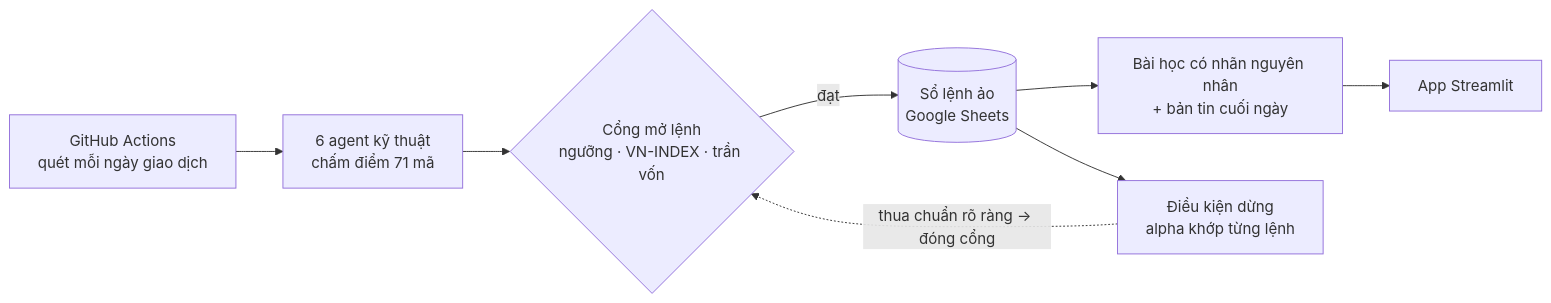
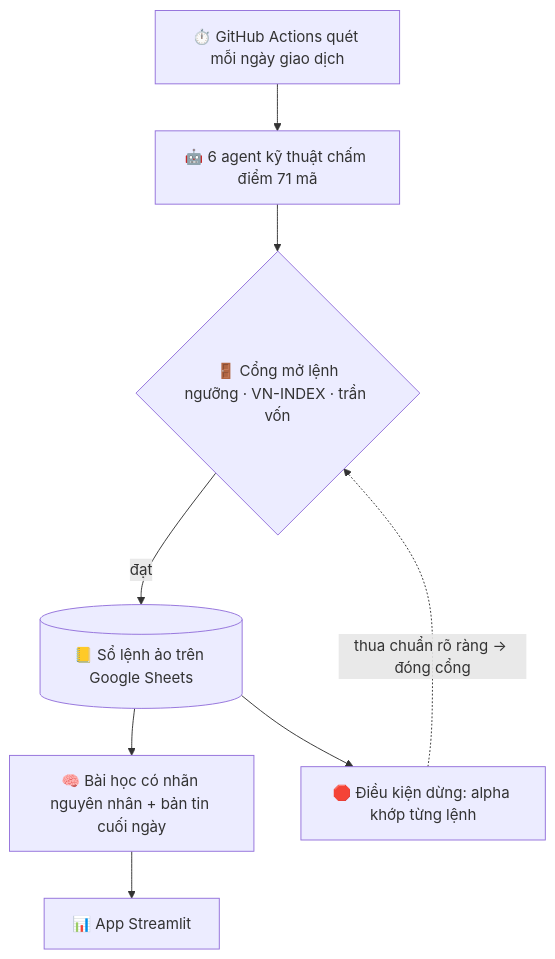
The diagram in README.md (Siner0808/vibe-stock-analysis), drawn with Mermaid before and after one commit.

Commit message:
BUOC 186 (draft) -- README flow diagram top-down so labels stay readable

````diff
--- a/README.md
+++ b/README.md
@@ -23,10 +23,10 @@
 ```mermaid
-flowchart LR
-    A["GitHub Actions<br/>quét mỗi ngày giao dịch"] --> B["6 agent kỹ thuật<br/>chấm điểm 71 mã"]
-    B --> C{"Cổng mở lệnh<br/>ngưỡng · VN-INDEX · trần vốn"}
-    C -- đạt --> D[("Sổ lệnh ảo<br/>Google Sheets")]
-    D --> E["Bài học có nhãn nguyên nhân<br/>+ bản tin cuối ngày"]
-    E --> F["App Streamlit"]
-    D --> G["Điều kiện dừng<br/>alpha khớp từng lệnh"]
+flowchart TD
+    A["⏱️ GitHub Actions quét mỗi ngày giao dịch"] --> B["🤖 6 agent kỹ thuật chấm điểm 71 mã"]
+    B --> C{"🚪 Cổng mở lệnh<br/>ngưỡng · VN-INDEX · trần vốn"}
+    C -- đạt --> D[("📒 Sổ lệnh ảo trên Google Sheets")]
+    D --> E["🧠 Bài học có nhãn nguyên nhân + bản tin cuối ngày"]
+    E --> F["📊 App Streamlit"]
+    D --> G["🛑 Điều kiện dừng: alpha khớp từng lệnh"]
     G -. "thua chuẩn rõ ràng → đóng cổng" .-> C
 ```
````
